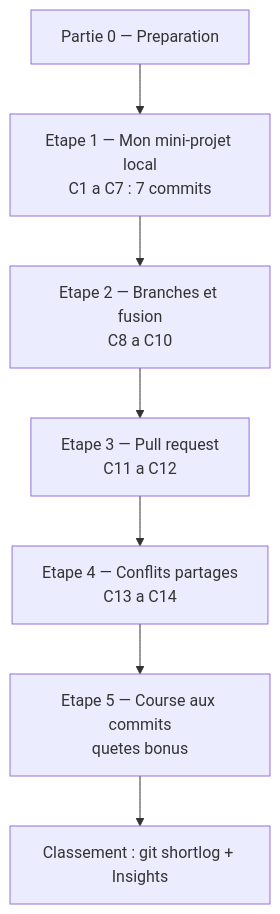
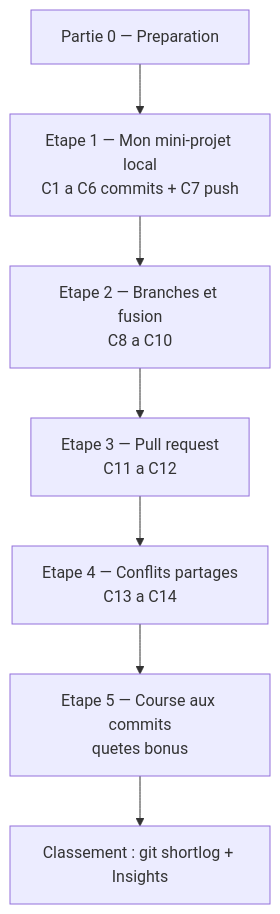
Before and after one commit to haythem-rehouma/deploiement-de-solutions-de-donnees-1: the diagram in evaluations/02-travaux-pratiques-tp1-a-tp4/tp-01-git-github-partie-1.md, drawn with Mermaid. The commit also changed other lines of this file, not shown here.

````diff
--- a/evaluations/02-travaux-pratiques-tp1-a-tp4/tp-01-git-github-partie-1.md
+++ b/evaluations/02-travaux-pratiques-tp1-a-tp4/tp-01-git-github-partie-1.md
@@ -40,9 +40,9 @@
 ```mermaid
 flowchart TD
     p0["Partie 0 — Preparation"] --> p1
-    p1["Etape 1 — Mon mini-projet local<br/>C1 a C7 : 7 commits"] --> p2
+    p1["Etape 1 — Mon mini-projet local<br/>C1 a C6 commits + C7 push"] --> p2
     p2["Etape 2 — Branches et fusion<br/>C8 a C10"] --> p3
     p3["Etape 3 — Pull request<br/>C11 a C12"] --> p4
     p4["Etape 4 — Conflits partages<br/>C13 a C14"] --> p5
     p5["Etape 5 — Course aux commits<br/>quetes bonus"] --> fin["Classement : git shortlog + Insights"]
 ```
````
